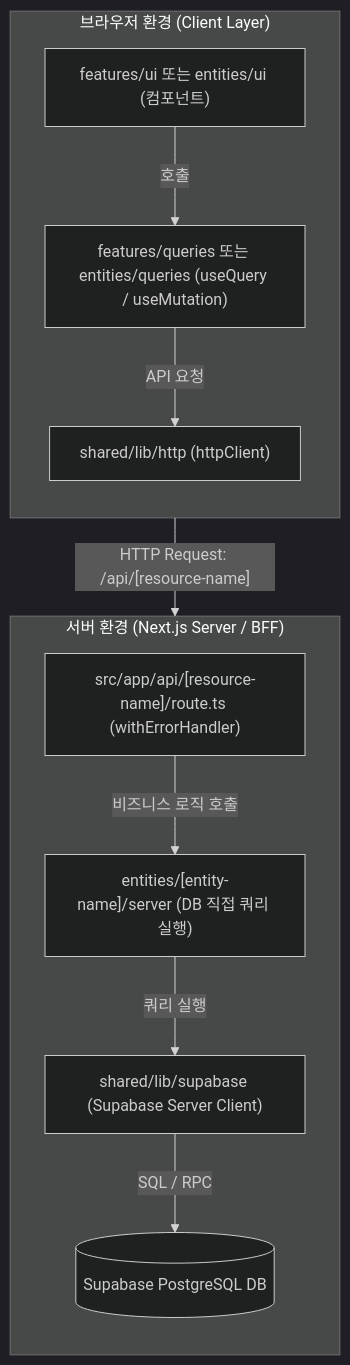
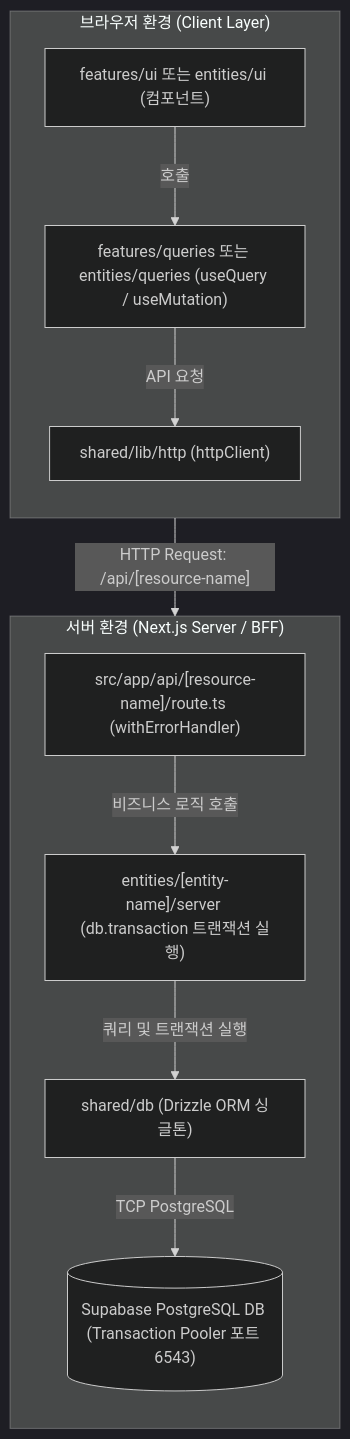
Before and after one commit to ssogle/dynamic-form-engine: the diagram in .agents/rules/fsd-architecture-rule.md, drawn with Mermaid (dark theme). The commit also changed other lines of this file and 17 other files, not shown here.

First line of the commit message:
feat(db): Drizzle ORM 인프라 구축 및 폼 엔티티 스키마 파이프라인 수립

````diff
--- a/.agents/rules/fsd-architecture-rule.md
+++ b/.agents/rules/fsd-architecture-rule.md
@@ -114,26 +118,26 @@
 ```mermaid
 flowchart TD
     subgraph Client ["브라우저 환경 (Client Layer)"]
         direction TD
         UI["features/ui 또는 entities/ui (컴포넌트)"]
         Queries["features/queries 또는 entities/queries (useQuery / useMutation)"]
         HTTPClient["shared/lib/http (httpClient)"]
 
         UI -->|"호출"| Queries
         Queries -->|"API 요청"| HTTPClient
     end
 
     subgraph Server ["서버 환경 (Next.js Server / BFF)"]
         direction TD
         RouteHandler["src/app/api/[resource-name]/route.ts (withErrorHandler)"]
-        EntityServer["entities/[entity-name]/server (DB 직접 쿼리 실행)"]
-        SupabaseClient["shared/lib/supabase (Supabase Server Client)"]
-        Database[("Supabase PostgreSQL DB")]
+        EntityServer["entities/[entity-name]/server (db.transaction 트랜잭션 실행)"]
+        DBInstance["shared/db (Drizzle ORM 싱글톤)"]
+        Database[("Supabase PostgreSQL DB (Transaction Pooler 포트 6543)")]
 
         RouteHandler -->|"비즈니스 로직 호출"| EntityServer
-        EntityServer -->|"쿼리 실행"| SupabaseClient
-        SupabaseClient -->|"SQL / RPC"| Database
+        EntityServer -->|"쿼리 및 트랜잭션 실행"| DBInstance
+        DBInstance -->|"TCP PostgreSQL"| Database
     end
 
     HTTPClient -->|"HTTP Request: /api/[resource-name]"| RouteHandler
 ```
````
